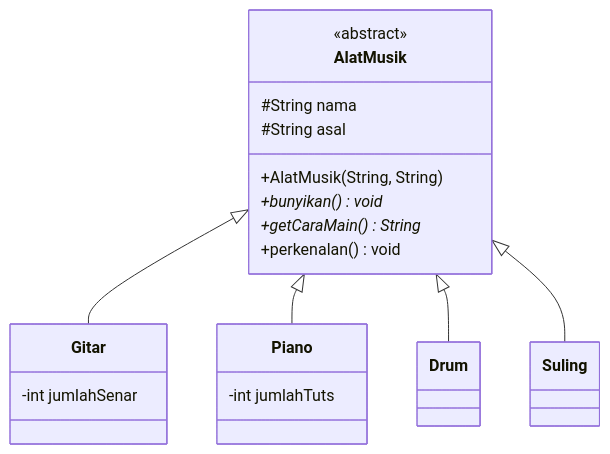
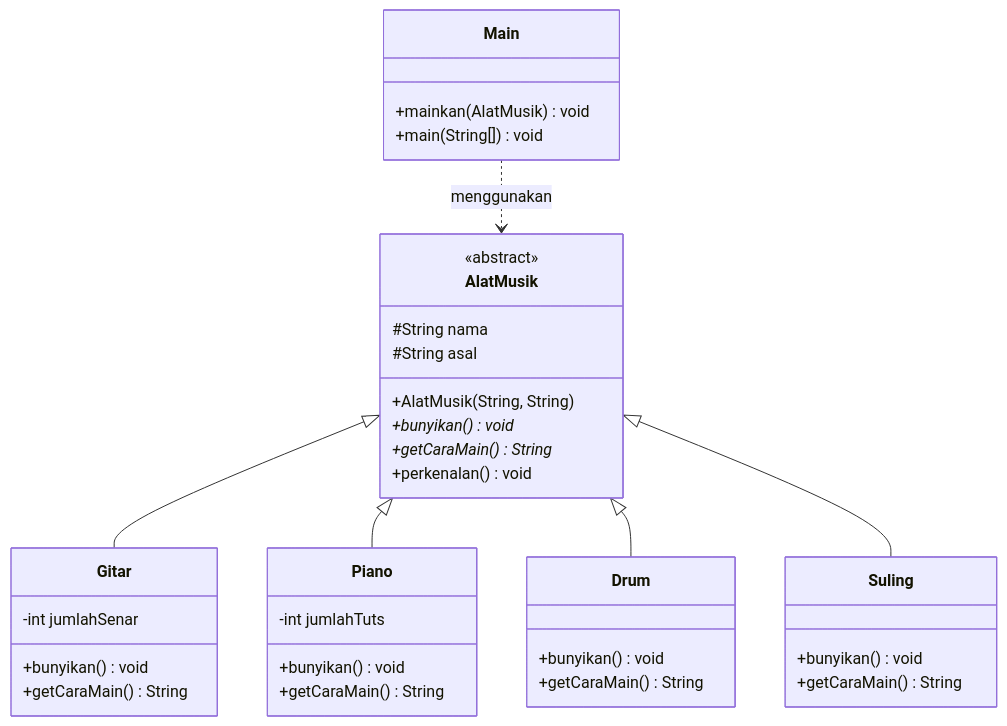
Before and after one commit to nurlaelihdyti/PBO-ALAT-MUSIK: the first of 2 diagrams in README.md, drawn with Mermaid. The commit also changed other lines of this file, not shown here.

````diff
--- a/README.md
+++ b/README.md
@@ -43,24 +62,40 @@
 ```mermaid
 classDiagram
     class AlatMusik {
         <<abstract>>
         #String nama
         #String asal
         +AlatMusik(String, String)
         +bunyikan()* void
         +getCaraMain()* String
         +perkenalan() void
     }
     class Gitar {
         -int jumlahSenar
+        +bunyikan() void
+        +getCaraMain() String
     }
     class Piano {
         -int jumlahTuts
+        +bunyikan() void
+        +getCaraMain() String
     }
-    class Drum
-    class Suling
+    class Drum {
+        +bunyikan() void
+        +getCaraMain() String
+    }
+    class Suling {
+        +bunyikan() void
+        +getCaraMain() String
+    }
+    class Main {
+        +mainkan(AlatMusik) void
+        +main(String[]) void
+    }
+
     AlatMusik <|-- Gitar
     AlatMusik <|-- Piano
     AlatMusik <|-- Drum
     AlatMusik <|-- Suling
+    Main ..> AlatMusik : menggunakan
 ```
````
